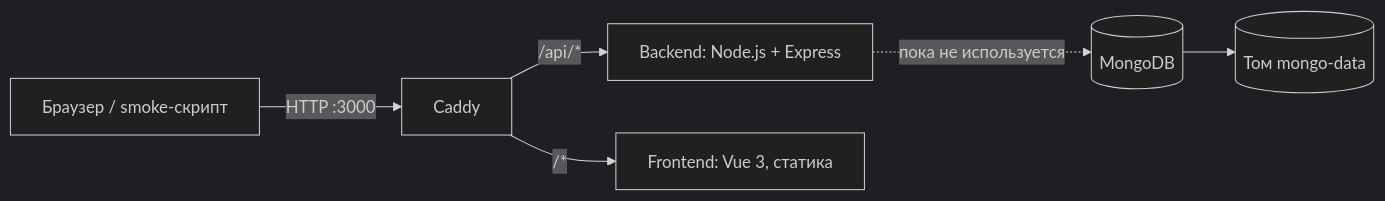
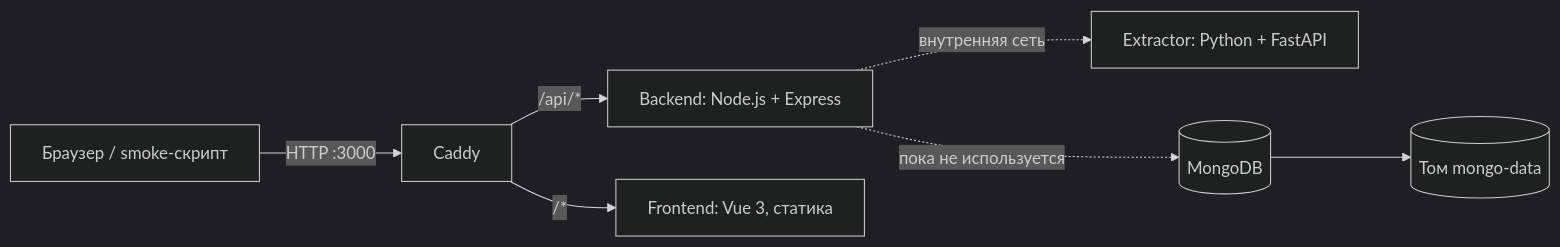
One commit to BAITC-Hacks/hack-0592591a-optimus changed the diagram in README.md. Above: the diagram before and after it, drawn with Mermaid (dark theme). The commit also changed other lines of this file and 16 other files, not shown here.

````diff
--- a/README.md
+++ b/README.md
@@ -47,8 +50,9 @@
 ```mermaid
 flowchart LR
     user[Браузер / smoke-скрипт] -->|HTTP :3000| caddy[Caddy]
     caddy -->|/api/*| backend[Backend: Node.js + Express]
     caddy -->|/*| frontend[Frontend: Vue 3, статика]
+    backend -.->|внутренняя сеть| extractor[Extractor: Python + FastAPI]
     backend -.->|пока не используется| mongo[(MongoDB)]
     mongo --> volume[(Том mongo-data)]
 ```
````
